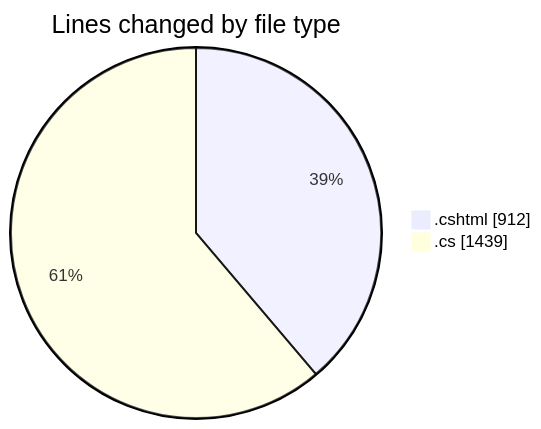
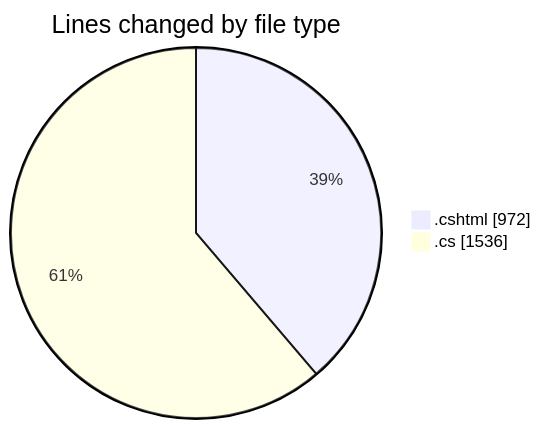
One commit to lephambinh05/code-tracking changed the first of 2 diagrams in 2025-07-17/nhahang/README.md. Above: the diagram before and after it, drawn with Mermaid. The commit also changed other lines of this file and 1 other file, not shown here.

````diff
--- a/2025-07-17/nhahang/README.md
+++ b/2025-07-17/nhahang/README.md
@@ -49,6 +49,6 @@
 ```mermaid
 pie showData
 title Lines changed by file type
-".cshtml" : 912
-".cs" : 1439
+".cshtml" : 972
+".cs" : 1536
 ```
````
